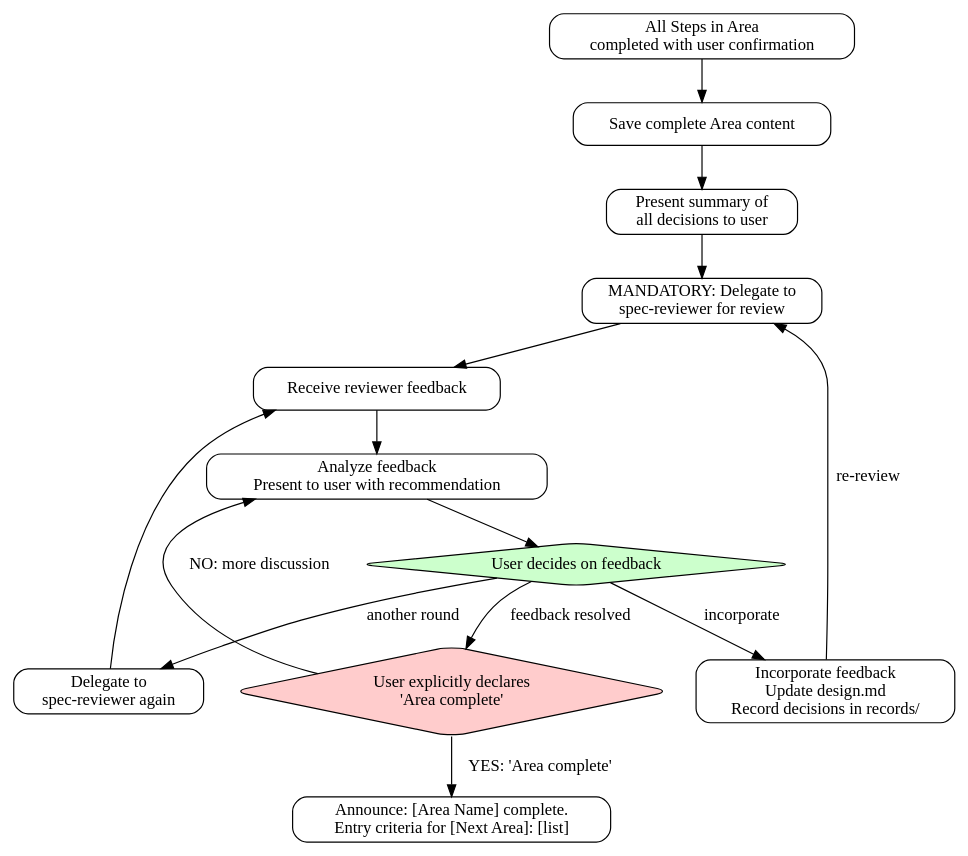
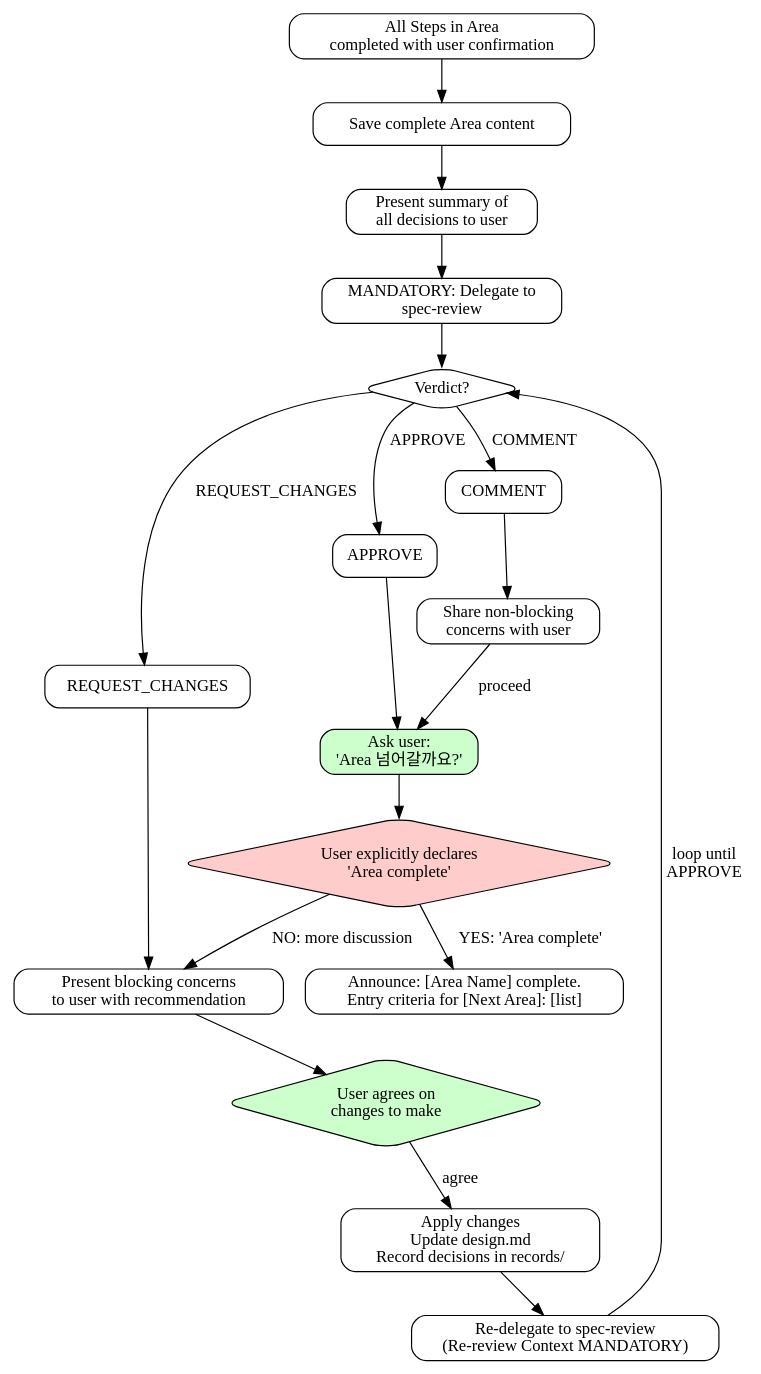
One commit to toongri/oh-my-toong-playground changed the third of 3 diagrams in skills/spec/SKILL.md. Above: the diagram before and after it, drawn with Graphviz. The commit also changed other lines of this file and 2 other files, not shown here.

````diff
--- a/skills/spec/SKILL.md
+++ b/skills/spec/SKILL.md
@@ -806,32 +874,49 @@
 ```dot
 digraph area_completion {
     rankdir=TB;
     node [shape=box, style=rounded];
 
     all_steps [label="All Steps in Area\ncompleted with user confirmation"];
     save_area [label="Save complete Area content"];
     present_summary [label="Present summary of\nall decisions to user"];
-    delegate_reviewer [label="MANDATORY: Delegate to\nspec-reviewer for review"];
-    receive_feedback [label="Receive reviewer feedback"];
-    analyze_present [label="Analyze feedback\nPresent to user with recommendation"];
-    user_decides [label="User decides on feedback", shape=diamond, style="rounded,filled", fillcolor="#ccffcc"];
-    incorporate [label="Incorporate feedback\nUpdate design.md\nRecord decisions in records/"];
-    another_round [label="Delegate to\nspec-reviewer again"];
+    delegate_reviewer [label="MANDATORY: Delegate to\nspec-review"];
+    check_verdict [label="Verdict?", shape=diamond];
+
+    approve [label="APPROVE"];
+    ask_complete [label="Ask user:\n'Area 넘어갈까요?'", style="rounded,filled", fillcolor="#ccffcc"];
     user_final [label="User explicitly declares\n'Area complete'", shape=diamond, style="rounded,filled", fillcolor="#ffcccc"];
     announce_next [label="Announce: [Area Name] complete.\nEntry criteria for [Next Area]: [list]"];
+
+    request_changes [label="REQUEST_CHANGES"];
+    present_feedback [label="Present blocking concerns\nto user with recommendation"];
+    user_consensus [label="User agrees on\nchanges to make", shape=diamond, style="rounded,filled", fillcolor="#ccffcc"];
+    incorporate [label="Apply changes\nUpdate design.md\nRecord decisions in records/"];
+    re_review [label="Re-delegate to spec-review\n(Re-review Context MANDATORY)"];
+
+    comment [label="COMMENT"];
+    share_comment [label="Share non-blocking\nconcerns with user"];
 
     all_steps -> save_area;
     save_area -> present_summary;
     present_summary -> delegate_reviewer;
-    delegate_reviewer -> receive_feedback;
-    receive_feedback -> analyze_present;
-    analyze_present -> user_decides;
-    user_decides -> incorporate [label="incorporate"];
-    user_decides -> another_round [label="another round"];
-    user_decides -> user_final [label="feedback resolved"];
-    incorporate -> delegate_reviewer [label="re-review"];
-    another_round -> receive_feedback;
+    delegate_reviewer -> check_verdict;
+
+    check_verdict -> approve [label="APPROVE"];
+    approve -> ask_complete;
+    ask_complete -> user_final;
+
+    check_verdict -> request_changes [label="REQUEST_CHANGES"];
+    request_changes -> present_feedback;
+    present_feedback -> user_consensus;
+    user_consensus -> incorporate [label="agree"];
+    incorporate -> re_review;
+    re_review -> check_verdict [label="loop until\nAPPROVE"];
+
+    check_verdict -> comment [label="COMMENT"];
+    comment -> share_comment;
+    share_comment -> ask_complete [label="proceed"];
+
     user_final -> announce_next [label="YES: 'Area complete'"];
-    user_final -> analyze_present [label="NO: more discussion"];
+    user_final -> present_feedback [label="NO: more discussion"];
 }
 ```
````
